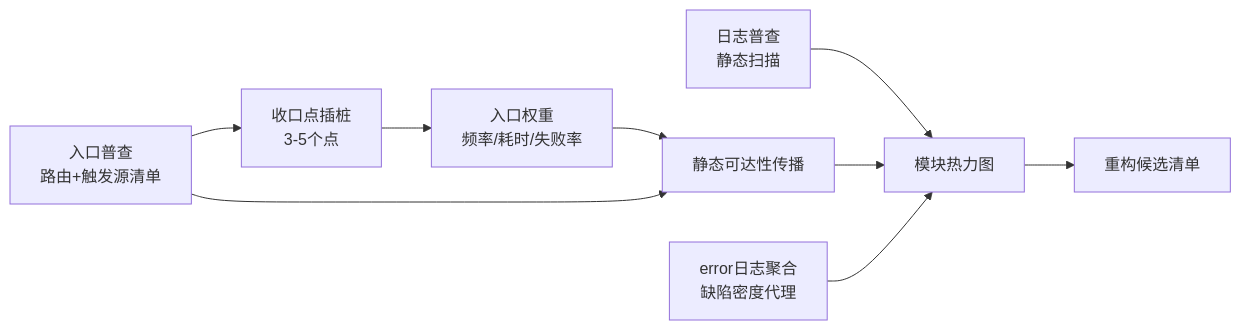
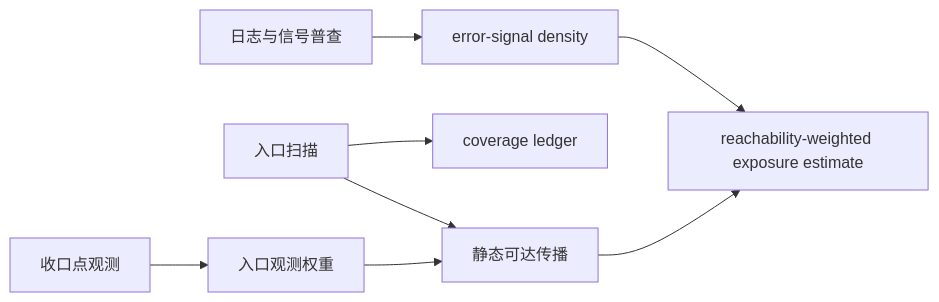
Before and after one commit to makotogu/codebase-analysis-methodology: the diagram in 01-建图方法论.md, drawn with Mermaid. The commit also changed other lines of this file and 58 other files, not shown here.

````diff
--- a/01-建图方法论.md
+++ b/01-建图方法论.md
@@ -45,11 +37,10 @@
 ```mermaid
 flowchart LR
-    logCensus["日志普查<br/>静态扫描"] --> heatMap["模块热力图"]
-    entryCensus["入口普查<br/>路由+触发源清单"] --> chokePoint["收口点插桩<br/>3-5个点"]
-    chokePoint --> entryWeight["入口权重<br/>频率/耗时/失败率"]
-    entryWeight --> propagate["静态可达性传播"]
-    entryCensus --> propagate
-    propagate --> heatMap
-    errorLogs["error日志聚合<br/>缺陷密度代理"] --> heatMap
-    heatMap --> refactorList["重构候选清单"]
+    logs["日志与信号普查"] --> signals["error-signal density"]
+    entries["入口扫描"] --> ledger["coverage ledger"]
+    choke["收口点观测"] --> weights["入口观测权重"]
+    entries --> estimate["静态可达传播"]
+    weights --> estimate
+    estimate --> candidates["reachability-weighted exposure estimate"]
+    signals --> candidates
 ```
````
